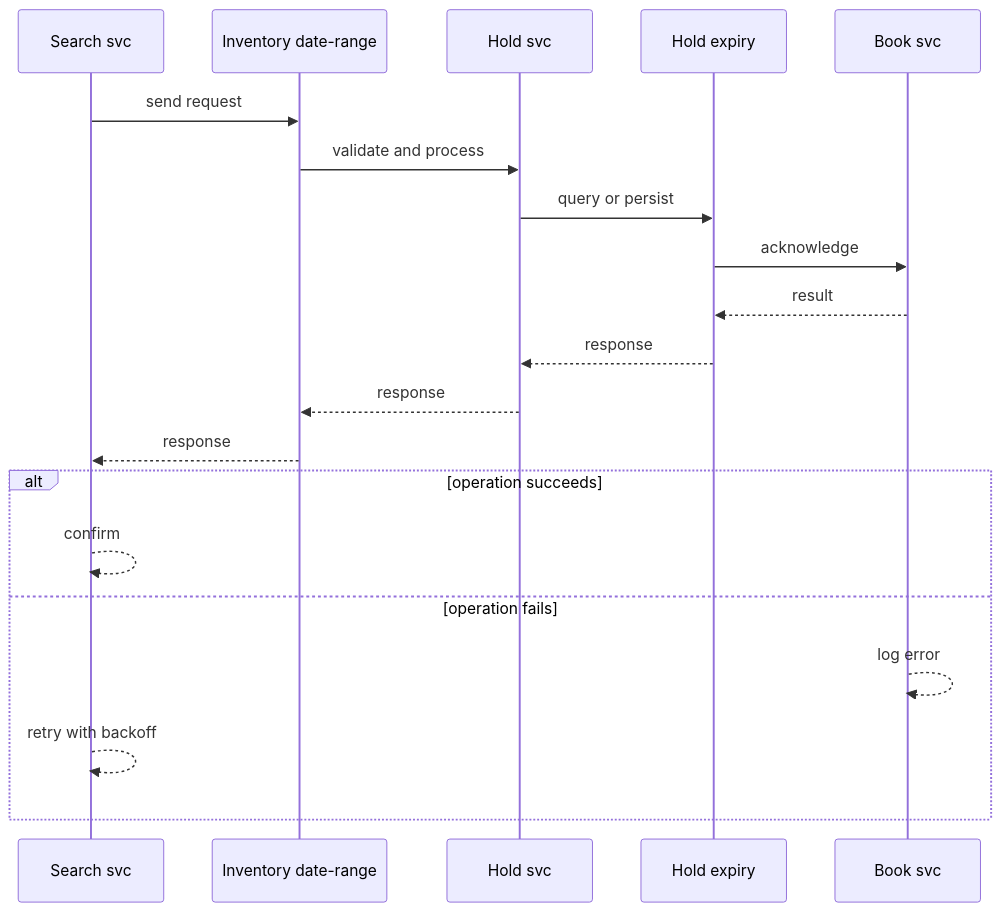
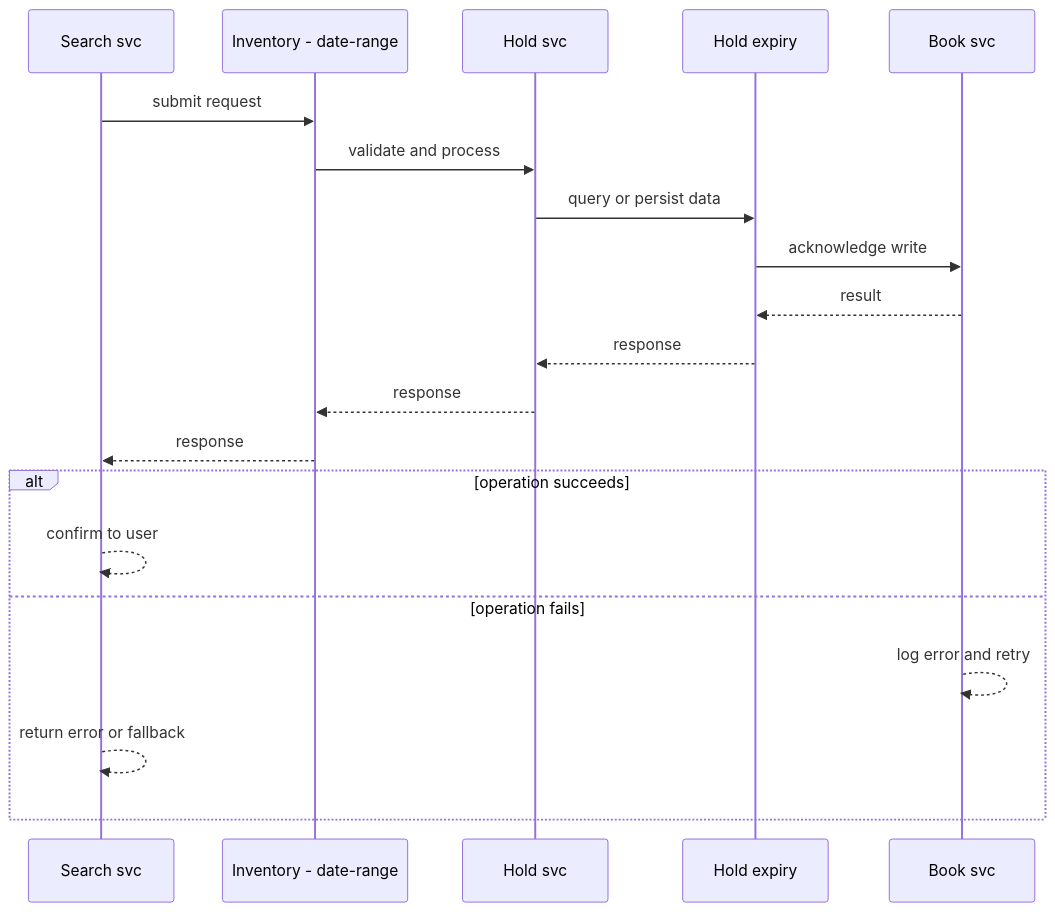
One commit to RIT-MESH/system-design-mastery changed the second of 4 diagrams in case-studies/advanced/hotel-booking.md. Above: the diagram before and after it, drawn with Mermaid. The commit also changed other lines of this file and 127 other files, not shown here.

First line of the commit message:
Improve all case study diagrams: case-specific sequences, fix truncated labels

````diff
--- a/case-studies/advanced/hotel-booking.md
+++ b/case-studies/advanced/hotel-booking.md
@@ -75,23 +75,23 @@
 ```mermaid
 %% created-for: system-design-mastery
 sequenceDiagram
-  participant C0 as Search svc
-  participant C1 as Inventory date-range
-  participant C2 as Hold svc
-  participant C3 as Hold expiry
-  participant C4 as Book svc
-  C0 ->> C1: send request
-  C1 ->> C2: validate and process
-  C2 ->> C3: query or persist
-  C3 ->> C4: acknowledge
-  C4 -->> C3: result
-  C3 -->> C2: response
-  C2 -->> C1: response
-  C1 -->> C0: response
+  participant P0 as Search svc
+  participant P1 as Inventory - date-range
+  participant P2 as Hold svc
+  participant P3 as Hold expiry
+  participant P4 as Book svc
+  P0 ->> P1: submit request
+  P1 ->> P2: validate and process
+  P2 ->> P3: query or persist data
+  P3 ->> P4: acknowledge write
+  P4 -->> P3: result
+  P3 -->> P2: response
+  P2 -->> P1: response
+  P1 -->> P0: response
   alt operation succeeds
-    C0 -->> C0: confirm
+    P0 -->> P0: confirm to user
   else operation fails
-    C4 -->> C4: log error
-    C0 -->> C0: retry with backoff
+    P4 -->> P4: log error and retry
+    P0 -->> P0: return error or fallback
   end
 ```
````
